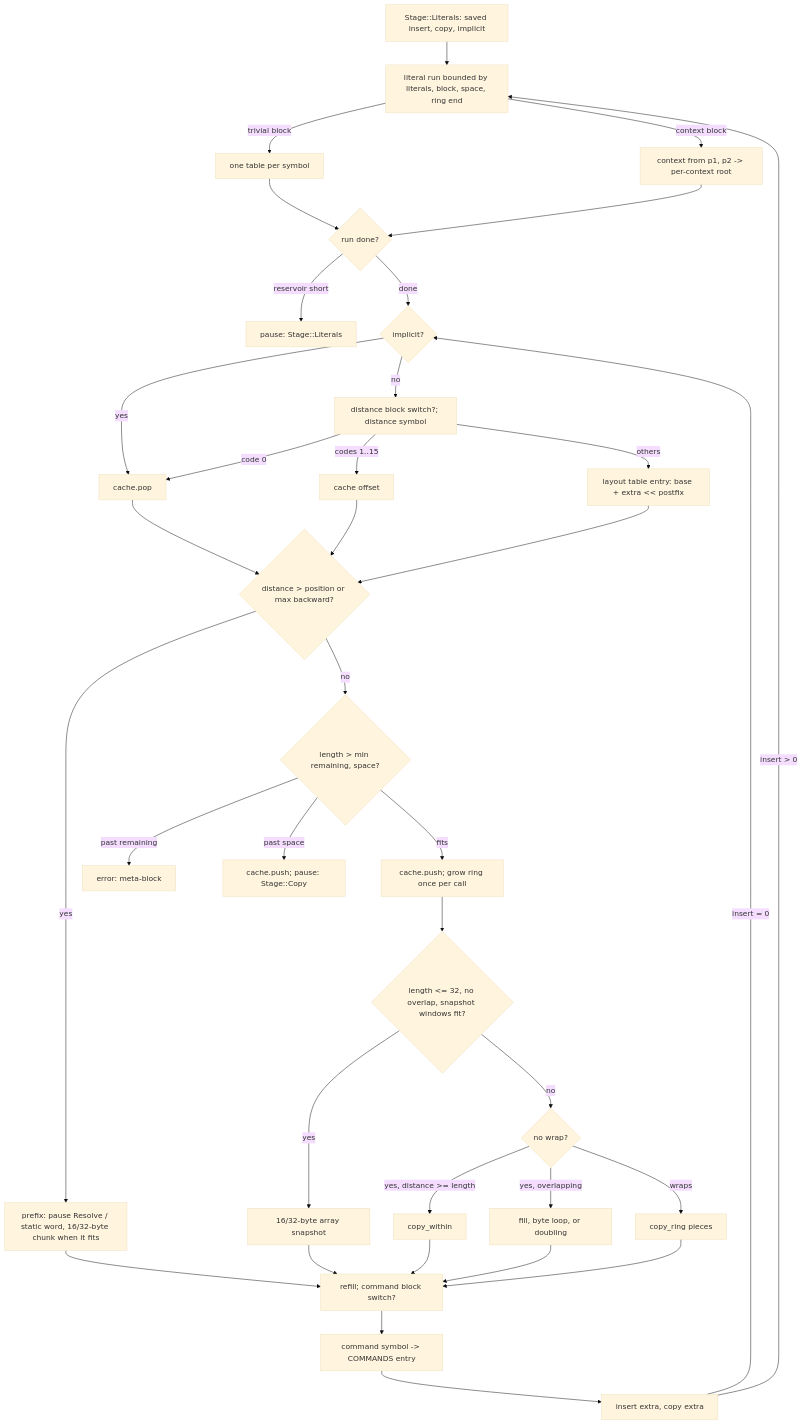
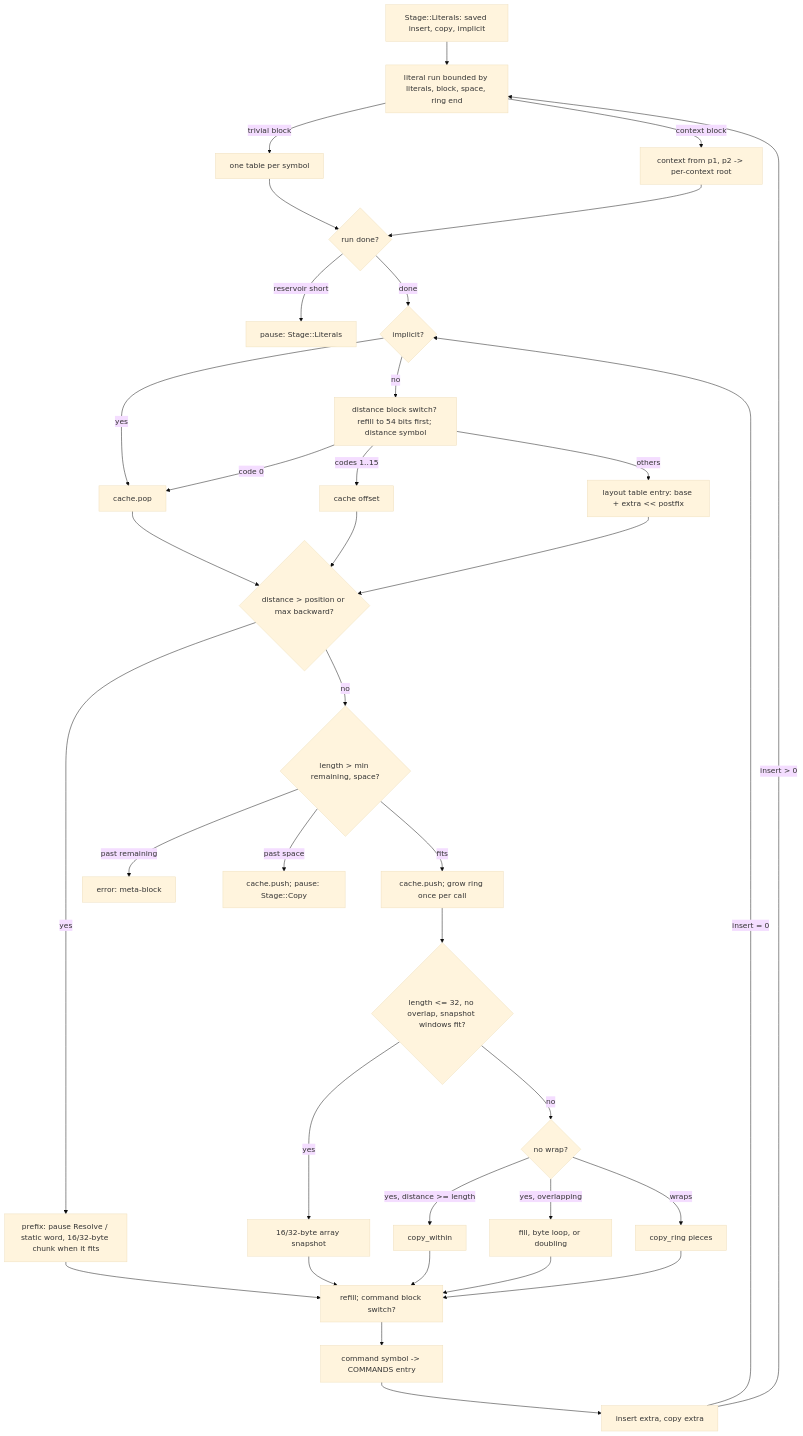
One commit to M-Compressors/mbrotli changed the sixth of 11 diagrams in architecture/decompressor.md. Above: the diagram before and after it, drawn with Mermaid (base theme). The commit also changed other lines of this file and 14 other files, not shown here.

````diff
--- a/architecture/decompressor.md
+++ b/architecture/decompressor.md
@@ -379,38 +387,38 @@
 ```mermaid
 flowchart TD
     Resume[Stage::Literals: saved insert, copy, implicit] --> Lit
     Start[refill; command block switch?] --> Cmd[command symbol -> COMMANDS entry]
     Cmd --> Extra[insert extra, copy extra]
     Extra -->|insert > 0| Lit[literal run bounded by literals, block, space, ring end]
     Lit -->|trivial block| One[one table per symbol]
     Lit -->|context block| Ctx[context from p1, p2 -> per-context root]
     One --> More{run done?}
     Ctx --> More
     More -->|reservoir short| PauseL[pause: Stage::Literals]
     More -->|done| Dist
     Extra -->|insert = 0| Dist{implicit?}
     Dist -->|yes| Pop[cache.pop]
-    Dist -->|no| Sym[distance block switch?; distance symbol]
+    Dist -->|no| Sym[distance block switch? refill to 54 bits first; distance symbol]
     Sym -->|code 0| Pop
     Sym -->|codes 1..15| Short[cache offset]
     Sym -->|others| Tab[layout table entry: base + extra << postfix]
     Pop --> Ref
     Short --> Ref
     Tab --> Ref{distance > position or max backward?}
     Ref -->|yes| Dict[prefix: pause Resolve / static word, 16/32-byte chunk when it fits]
     Ref -->|no| Limit{length > min remaining, space?}
     Limit -->|past remaining| Corrupt[error: meta-block]
     Limit -->|past space| PauseC[cache.push; pause: Stage::Copy]
     Limit -->|fits| Push[cache.push; grow ring once per call]
     Push --> Snap{length <= 32, no overlap, snapshot windows fit?}
     Snap -->|yes| Word[16/32-byte array snapshot]
     Snap -->|no| Copy{no wrap?}
     Copy -->|yes, distance >= length| Exact[copy_within]
     Copy -->|yes, overlapping| Overlap[fill, byte loop, or doubling]
     Copy -->|wraps| Ring[copy_ring pieces]
     Word --> Start
     Exact --> Start
     Overlap --> Start
     Ring --> Start
     Dict --> Start
 ```
````
